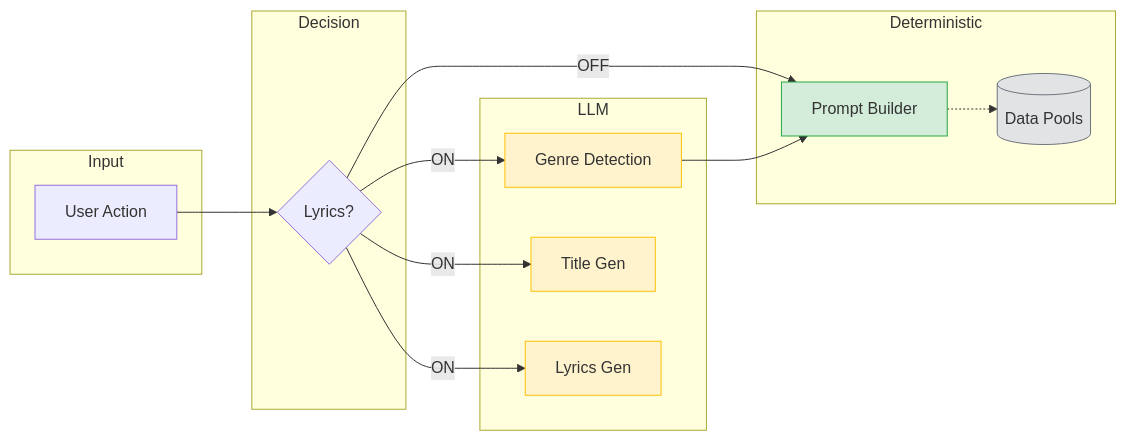
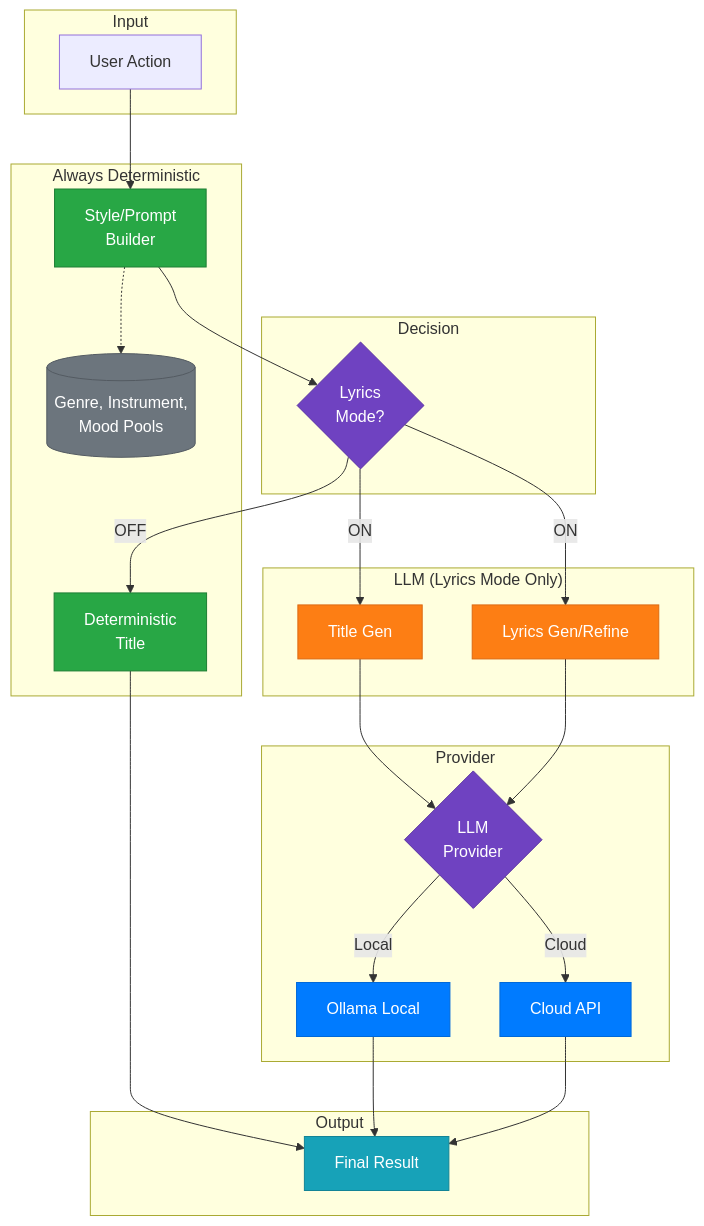
The diagram in suno-prompting/README.md (madziaar/suno-knowledge-base), drawn with Mermaid before and after one commit. The commit also changed other lines of this file and 104 other files, not shown here.

First line of the commit message:
Feat/ollama local llm (#1)

````diff
--- a/suno-prompting/README.md
+++ b/suno-prompting/README.md
@@ -380,36 +433,59 @@
 ```mermaid
-flowchart LR
+flowchart TB
     subgraph Input
         UI[User Action]
     end
 
-    subgraph Decision
-        LYR{Lyrics?}
+    subgraph "Always Deterministic"
+        STYLE[Style/Prompt<br/>Builder]
+        DATA[(Genre, Instrument,<br/>Mood Pools)]
+        DTITLE[Deterministic<br/>Title]
     end
 
-    subgraph Deterministic
-        BUILD[Prompt Builder]
-        DATA[(Data Pools)]
+    subgraph Decision
+        LYR{Lyrics<br/>Mode?}
     end
 
-    subgraph LLM
-        GEN[Genre Detection]
-        TITLE[Title Gen]
-        LYRICS[Lyrics Gen]
+    subgraph "LLM (Lyrics Mode Only)"
+        LTITLE[Title Gen]
+        LYRICS[Lyrics Gen/Refine]
     end
 
-    UI --> LYR
-    LYR -->|OFF| BUILD
-    LYR -->|ON| GEN --> BUILD
-    LYR -->|ON| TITLE
+    subgraph Provider
+        PROV{LLM<br/>Provider}
+        OLLAMA[Ollama Local]
+        CLOUD[Cloud API]
+    end
+
+    subgraph Output
+        RESULT[Final Result]
+    end
+
+    UI --> STYLE
+    STYLE -.-> DATA
+    STYLE --> LYR
+    LYR -->|OFF| DTITLE
+    DTITLE --> RESULT
+    LYR -->|ON| LTITLE
     LYR -->|ON| LYRICS
-    BUILD -.-> DATA
+    LTITLE --> PROV
+    LYRICS --> PROV
+    PROV -->|Local| OLLAMA
+    PROV -->|Cloud| CLOUD
+    OLLAMA --> RESULT
+    CLOUD --> RESULT
 
-    classDef det fill:#d4edda,stroke:#28a745
-    classDef ai fill:#fff3cd,stroke:#ffc107
-    classDef data fill:#e2e3e5,stroke:#6c757d
+    classDef det fill:#28a745,stroke:#1e7e34,color:#fff
+    classDef ai fill:#fd7e14,stroke:#dc6a12,color:#fff
+    classDef data fill:#6c757d,stroke:#545b62,color:#fff
+    classDef provider fill:#007bff,stroke:#0069d9,color:#fff
+    classDef output fill:#17a2b8,stroke:#138496,color:#fff
+    classDef decision fill:#6f42c1,stroke:#5a32a3,color:#fff
 
-    class BUILD det
-    class GEN,TITLE,LYRICS ai
+    class STYLE,DTITLE det
+    class LTITLE,LYRICS ai
     class DATA data
+    class OLLAMA,CLOUD provider
+    class PROV,LYR decision
+    class RESULT output
 ```
````
